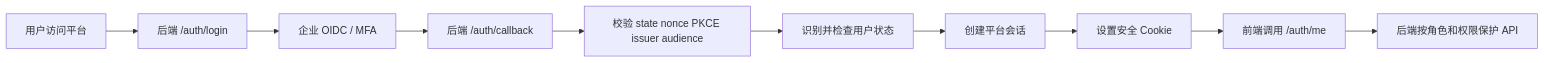
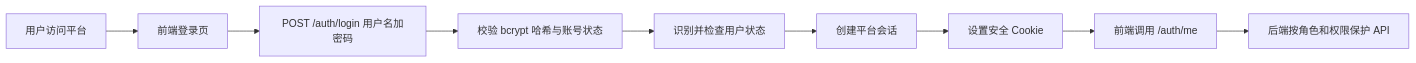
One commit to JoeMu-CN/SR-Monitoring changed the diagram in 登录认证与角色权限生产上线规划.md. Above: the diagram before and after it, drawn with Mermaid. The commit also changed other lines of this file and 53 other files, not shown here.

````diff
--- a/登录认证与角色权限生产上线规划.md
+++ b/登录认证与角色权限生产上线规划.md
@@ -128,12 +130,11 @@
 ```mermaid
 flowchart LR
-    U[用户访问平台] --> L[后端 /auth/login]
-    L --> I[企业 OIDC / MFA]
-    I --> C[后端 /auth/callback]
-    C --> V[校验 state nonce PKCE issuer audience]
+    U[用户访问平台] --> L[前端登录页]
+    L --> I[POST /auth/login 用户名加密码]
+    I --> V[校验 bcrypt 哈希与账号状态]
     V --> A[识别并检查用户状态]
     A --> S[创建平台会话]
     S --> K[设置安全 Cookie]
     K --> M[前端调用 /auth/me]
     M --> P[后端按角色和权限保护 API]
 ```
````
